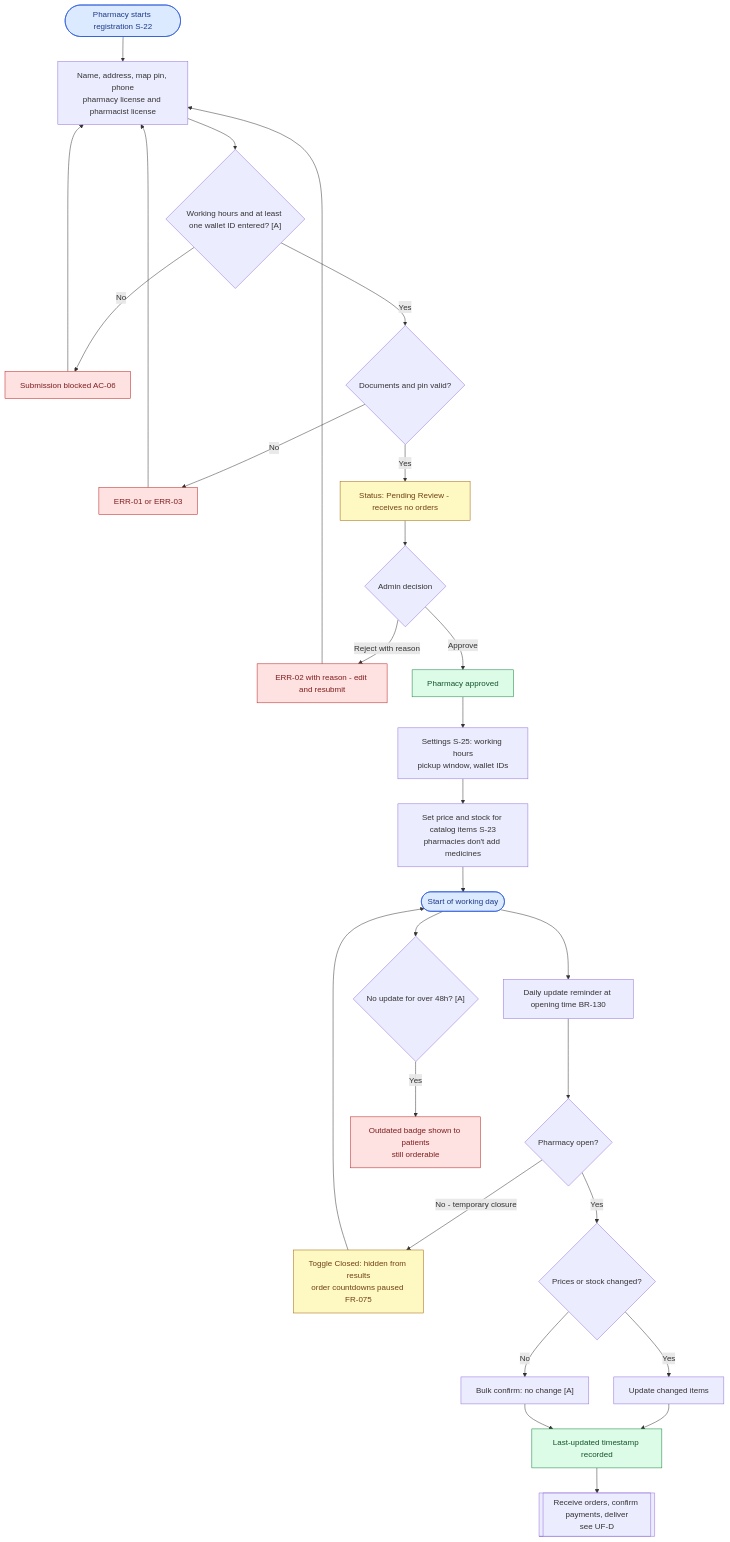
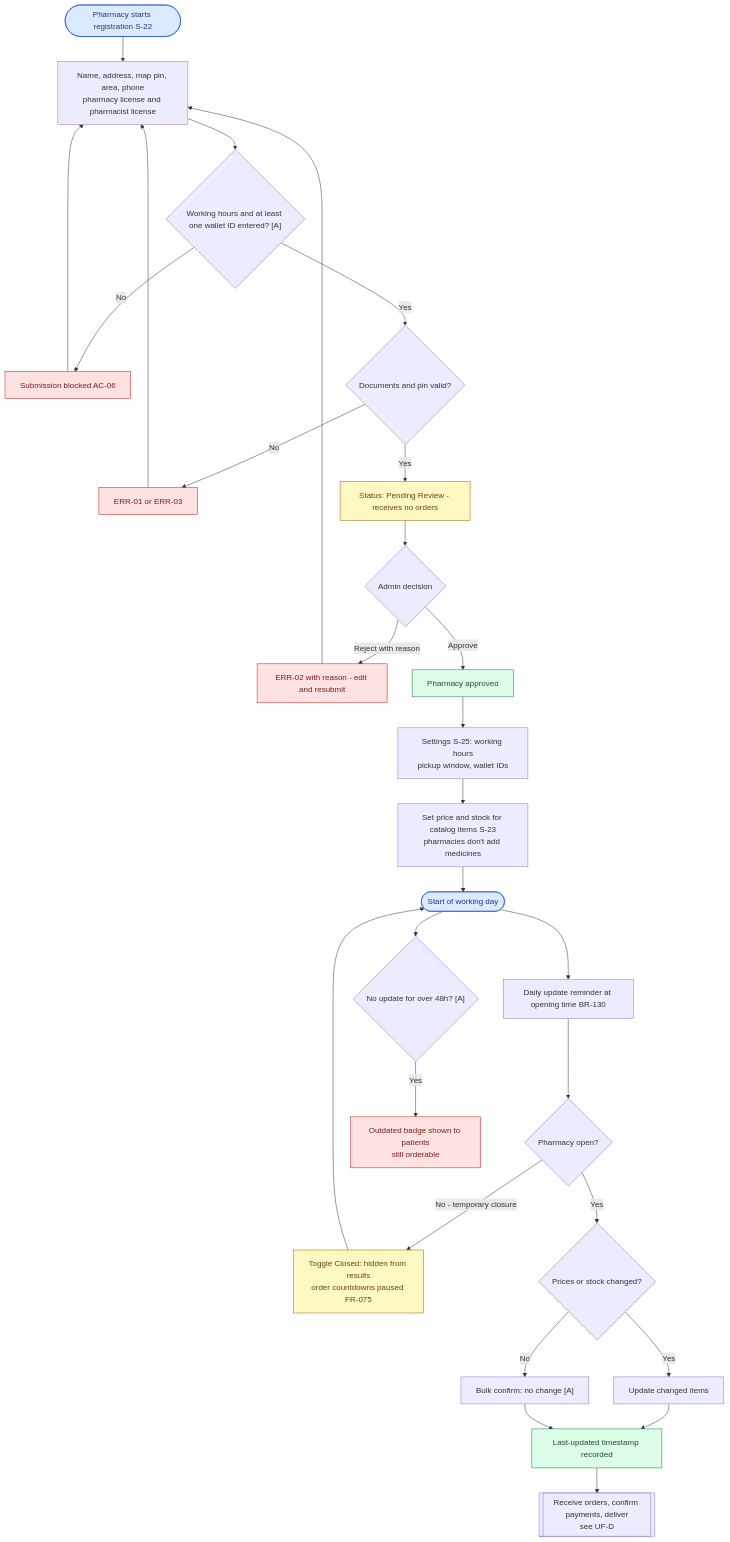
Before and after one commit to foxamoca/iltiam: diagram 11 of 12 in docs/user-flow.md, drawn with Mermaid. The commit also changed other lines of this file and 8 other files, not shown here.

First line of the commit message:
docs: apply owner answers (PRD v1.2) to PRD, PDFs, flows, UI/UX and domain model

````diff
--- a/docs/user-flow.md
+++ b/docs/user-flow.md
@@ -763,41 +771,41 @@
 ```mermaid
 flowchart TD
-    START(["Pharmacy starts registration S-22"]) --> FORM["Name, address, map pin, phone<br/>pharmacy license and pharmacist license"]
+    START(["Pharmacy starts registration S-22"]) --> FORM["Name, address, map pin, area, phone<br/>pharmacy license and pharmacist license"]
     FORM --> REQ{"Working hours and at least one wallet ID entered? [A]"}
     REQ -->|"No"| BLOCK["Submission blocked AC-06"]
     BLOCK --> FORM
     REQ -->|"Yes"| DOCQ{"Documents and pin valid?"}
     DOCQ -->|"No"| ERR01["ERR-01 or ERR-03"]
     ERR01 --> FORM
     DOCQ -->|"Yes"| SUBMIT["Status: Pending Review - receives no orders"]
     SUBMIT --> REVIEW{"Admin decision"}
     REVIEW -->|"Reject with reason"| ERR02["ERR-02 with reason - edit and resubmit"]
     ERR02 --> FORM
     REVIEW -->|"Approve"| APPROVED["Pharmacy approved"]
     APPROVED --> SETTINGS["Settings S-25: working hours<br/>pickup window, wallet IDs"]
     SETTINGS --> INV["Set price and stock for catalog items S-23<br/>pharmacies don't add medicines"]
 
     INV --> DAY(["Start of working day"])
     DAY --> RMD["Daily update reminder at opening time BR-130"]
     RMD --> OPENQ{"Pharmacy open?"}
     OPENQ -->|"No - temporary closure"| CLOSED["Toggle Closed: hidden from results<br/>order countdowns paused FR-075"]
     CLOSED --> DAY
     OPENQ -->|"Yes"| UPD{"Prices or stock changed?"}
     UPD -->|"Yes"| EDIT["Update changed items"]
     UPD -->|"No"| BULK["Bulk confirm: no change [A]"]
     EDIT --> STAMP["Last-updated timestamp recorded"]
     BULK --> STAMP
     STAMP --> ORD[["Receive orders, confirm payments, deliver<br/>see UF-D"]]
 
     DAY --> STALE{"No update for over 48h? [A]"}
     STALE -->|"Yes"| OUTD["Outdated badge shown to patients<br/>still orderable"]
 
     classDef entry fill:#dbeafe,stroke:#1d4ed8,color:#1e3a8a
     classDef success fill:#dcfce7,stroke:#15803d,color:#14532d
     classDef error fill:#fee2e2,stroke:#b91c1c,color:#7f1d1d
     classDef pending fill:#fef9c3,stroke:#a16207,color:#713f12
     class START,DAY entry
     class APPROVED,STAMP success
     class BLOCK,ERR01,ERR02,OUTD error
     class SUBMIT,CLOSED pending
 ```
````
